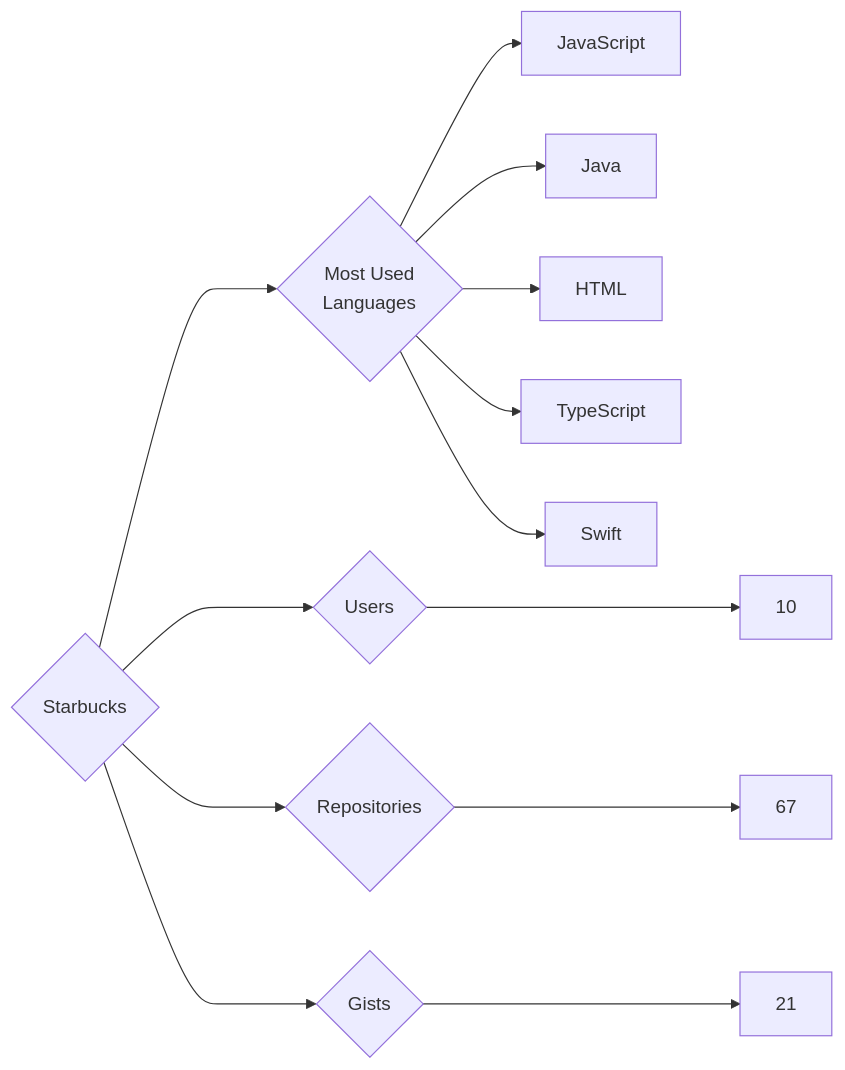
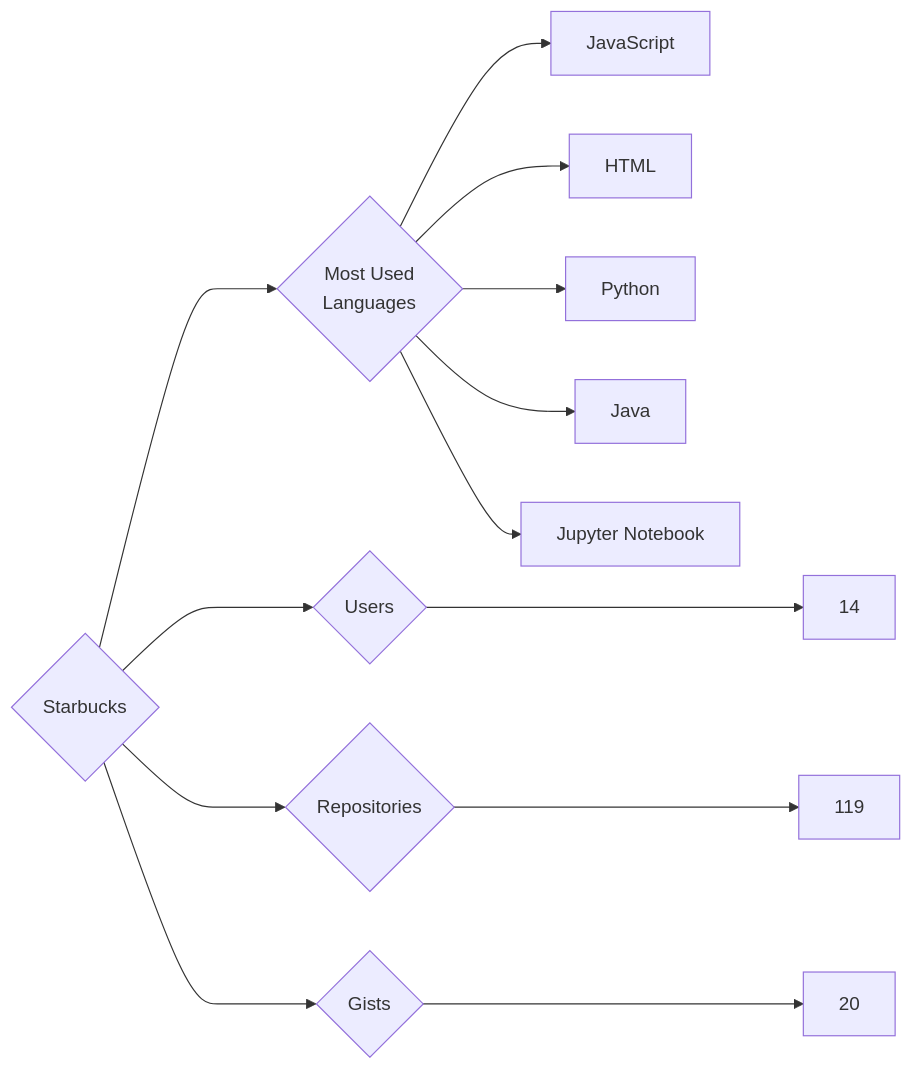
The diagram in targets/Starbucks/README.md (trickest/insiders), drawn with Mermaid before and after one commit. The commit also changed 773 other files, not shown here.

````diff
--- a/targets/Starbucks/README.md
+++ b/targets/Starbucks/README.md
@@ -3,13 +3,13 @@
 ```mermaid
 graph LR
 COMPANY_NAME{Starbucks}
-COMPANY_NAME ---> U{Users} ---> UN[10]
-COMPANY_NAME ---> R{Repositories} ---> RN[67]
-COMPANY_NAME ---> G{Gists} ---> GN[21]
+COMPANY_NAME ---> U{Users} ---> UN[14]
+COMPANY_NAME ---> R{Repositories} ---> RN[119]
+COMPANY_NAME ---> G{Gists} ---> GN[20]
 COMPANY_NAME ---> ML{Most Used<br>Languages}
 ML --> JavaScript[JavaScript]
+ML --> HTML[HTML]
+ML --> Python[Python]
 ML --> Java[Java]
-ML --> HTML[HTML]
-ML --> TypeScript[TypeScript]
-ML --> Swift[Swift]
+ML --> Jupyter_Notebook[Jupyter Notebook]
 ```
````
